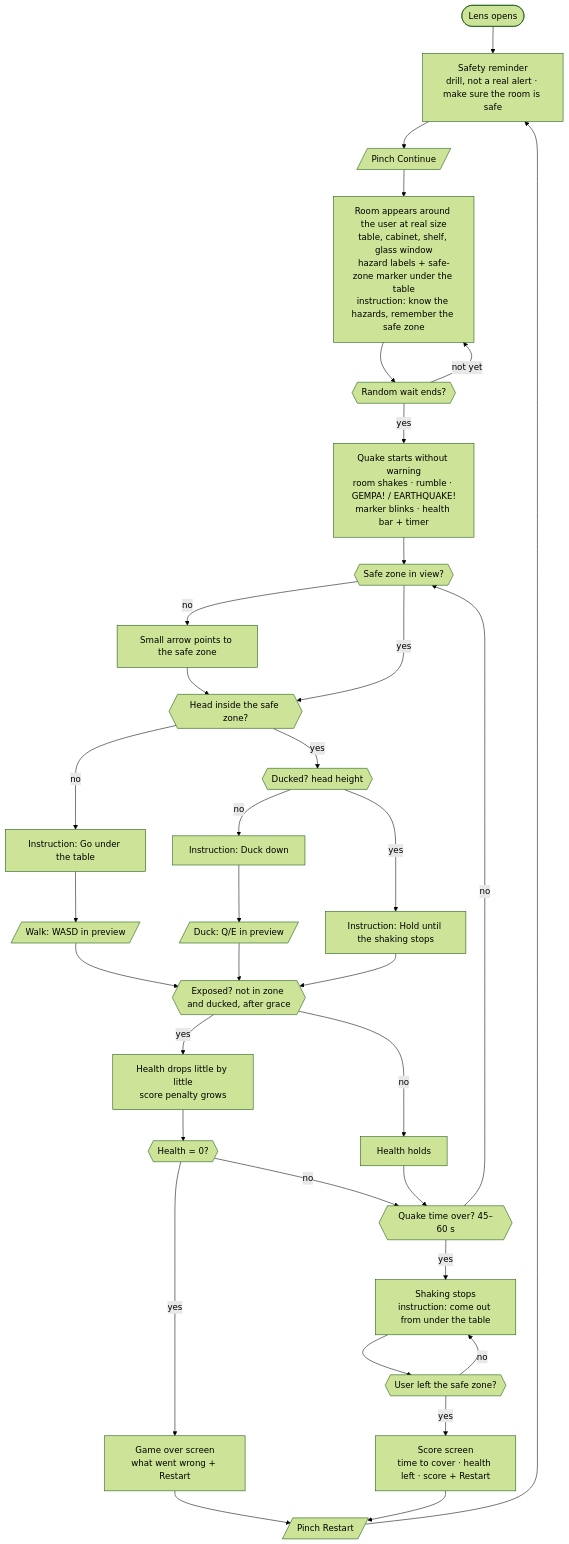
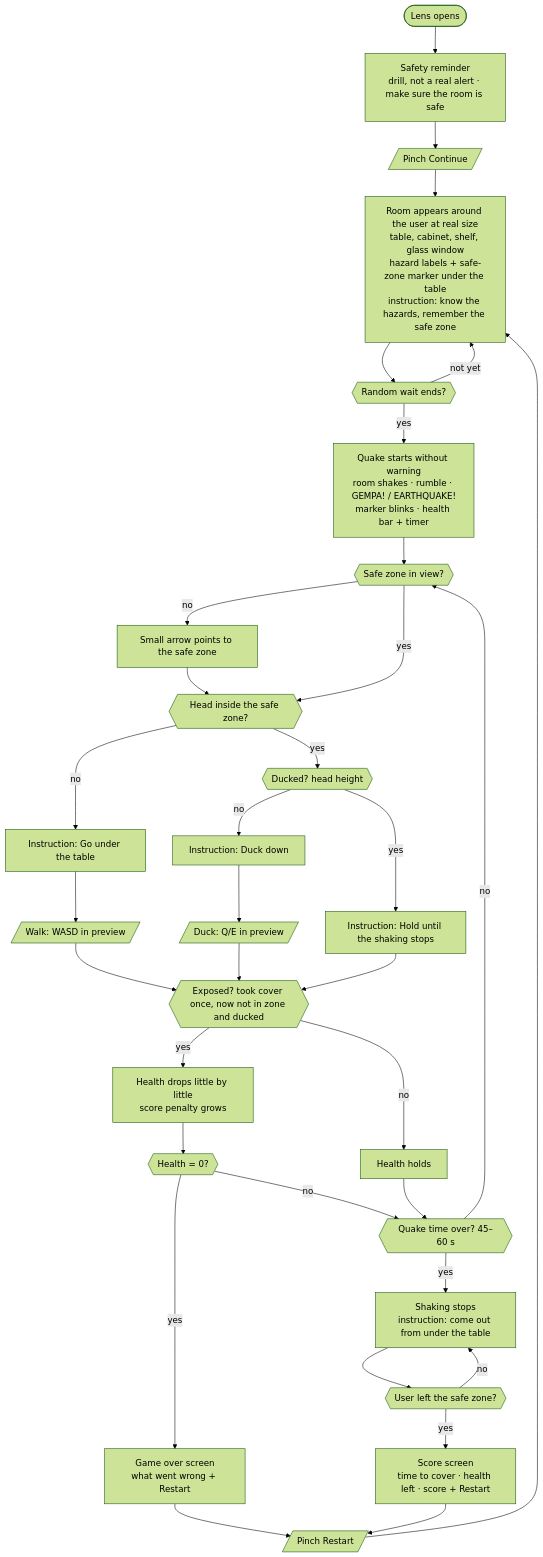
One commit to FairoLegends/Aftershock changed the first of 2 diagrams in docs/USER_FLOW_DIAGRAM.md. Above: the diagram before and after it, drawn with Mermaid (forest theme). The commit also changed other lines of this file and 4 other files, not shown here.

Commit message:
docs: record learner answers Q1-Q5 (restart to room, come-out prompt, elapsed timer, drain only after first cover); add open Q6

````diff
--- a/docs/USER_FLOW_DIAGRAM.md
+++ b/docs/USER_FLOW_DIAGRAM.md
@@ -14,31 +14,31 @@
 ```mermaid
 flowchart TD
     A([Lens opens]) --> B[Safety reminder<br/>drill, not a real alert · make sure the room is safe]
     B --> C[/Pinch Continue/]
     C --> D[Room appears around the user at real size<br/>table, cabinet, shelf, glass window<br/>hazard labels + safe-zone marker under the table<br/>instruction: know the hazards, remember the safe zone]
     D --> E{{Random wait ends?}}
     E -- not yet --> D
     E -- yes --> F[Quake starts without warning<br/>room shakes · rumble · GEMPA! / EARTHQUAKE!<br/>marker blinks · health bar + timer]
     F --> G{{Safe zone in view?}}
     G -- no --> H[Small arrow points to the safe zone] --> I
     G -- yes --> I{{Head inside the safe zone?}}
     I -- no --> J[Instruction: Go under the table] --> K[/Walk: WASD in preview/] --> L
     I -- yes --> M{{Ducked? head height}}
     M -- no --> N[Instruction: Duck down] --> O[/Duck: Q/E in preview/] --> L
     M -- yes --> P[Instruction: Hold until the shaking stops] --> L
-    L{{Exposed? not in zone and ducked, after grace}}
+    L{{Exposed? took cover once, now not in zone and ducked}}
     L -- yes --> Q[Health drops little by little<br/>score penalty grows]
     L -- no --> R[Health holds]
     Q --> S{{Health = 0?}}
     S -- yes --> T[Game over screen<br/>what went wrong + Restart]
     S -- no --> U
     R --> U{{Quake time over? 45–60 s}}
     U -- no --> G
     U -- yes --> V[Shaking stops<br/>instruction: come out from under the table]
     V --> W{{User left the safe zone?}}
     W -- no --> V
     W -- yes --> X[Score screen<br/>time to cover · health left · score + Restart]
     T --> Y[/Pinch Restart/]
     X --> Y
-    Y --> B
+    Y --> D
 ```
````
